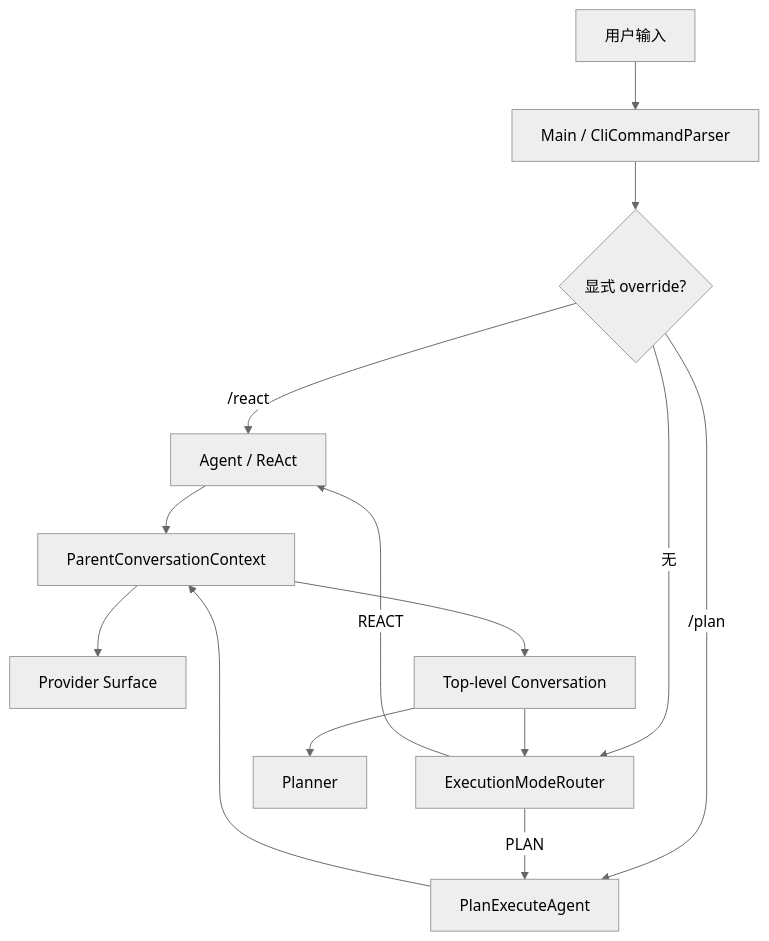
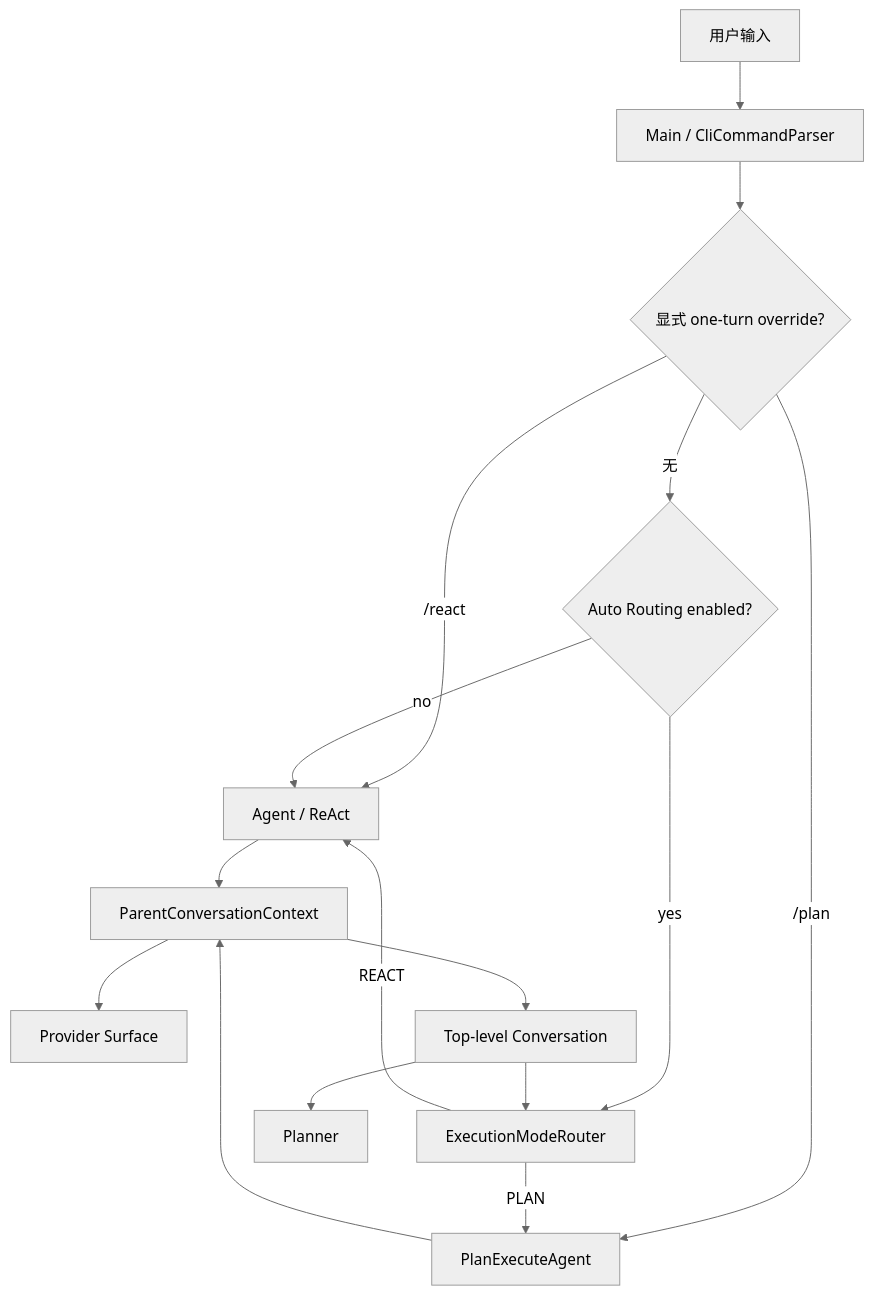
One commit to zgjdev/Code-Agent changed the second of 4 diagrams in docs/dev/15-auto-execution-mode-routing.md. Above: the diagram before and after it, drawn with Mermaid (neutral theme). The commit also changed other lines of this file, not shown here.

Commit message:
docs: clarify auto routing scope and contracts

````diff
--- a/docs/dev/15-auto-execution-mode-routing.md
+++ b/docs/dev/15-auto-execution-mode-routing.md
@@ -178,21 +175,18 @@
 ```mermaid
 graph TB
     U[用户输入] --> CLI[Main / CliCommandParser]
-
-    CLI --> O{显式 override?}
+    CLI --> O{显式 one-turn override?}
     O -->|/react| REACT[Agent / ReAct]
     O -->|/plan| PLAN[PlanExecuteAgent]
-    O -->|无| ROUTER[ExecutionModeRouter]
-
+    O -->|无| ENABLED{Auto Routing enabled?}
+    ENABLED -->|no| REACT
+    ENABLED -->|yes| ROUTER[ExecutionModeRouter]
     ROUTER -->|REACT| REACT
     ROUTER -->|PLAN| PLAN
-
     REACT --> PC[ParentConversationContext]
     PLAN --> PC
-
     PC --> PS[Provider Surface]
     PC --> TC[Top-level Conversation]
-
     TC --> ROUTER
     TC --> PLANNER[Planner]
 ```
````
